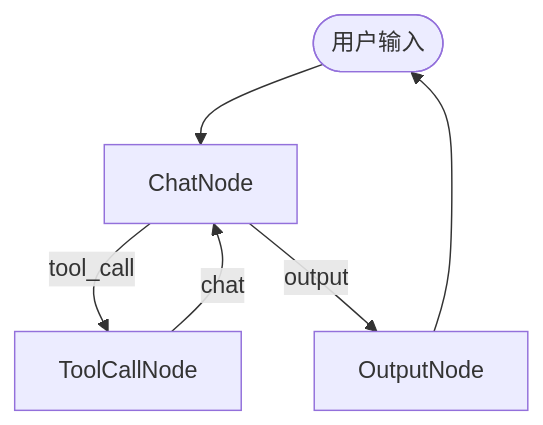
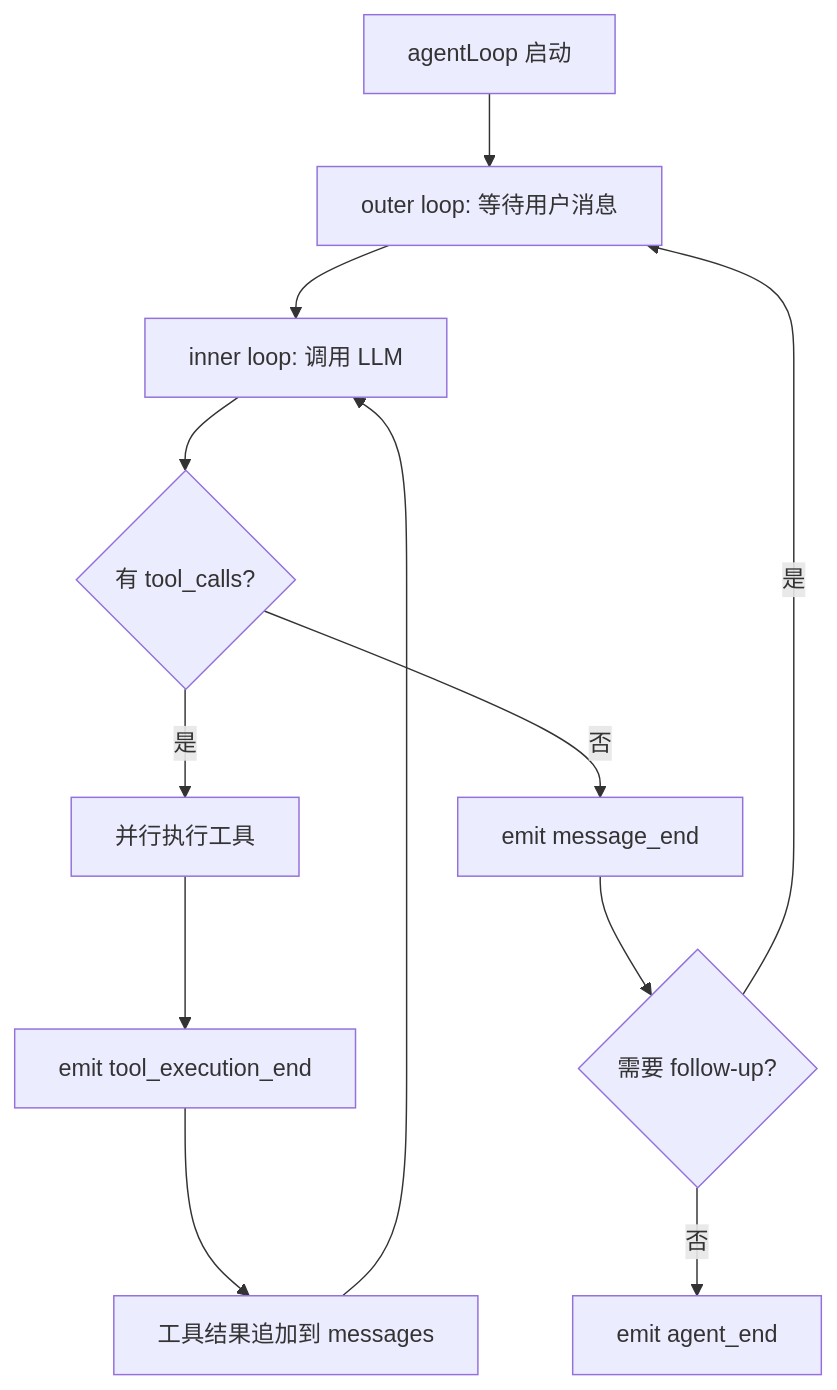
The diagram in learn-openclaw/02-node-to-agent/index.md (ranxi2001/zero2Agent), drawn with Mermaid before and after one commit. The commit also changed other lines of this file and 10 other files, not shown here.

```diff
--- a/learn-openclaw/02-node-to-agent/index.md
+++ b/learn-openclaw/02-node-to-agent/index.md
@@ -242,8 +62,14 @@
 <div class="mermaid">
 flowchart TD
-    A([用户输入]) --> B[ChatNode]
-    B -->|tool_call| C[ToolCallNode]
-    C -->|chat| B
-    B -->|output| D[OutputNode]
-    D --> A
+    A[agentLoop 启动] --> B[outer loop: 等待用户消息]
+    B --> C[inner loop: 调用 LLM]
+    C --> D{有 tool_calls?}
+    D -->|是| E[并行执行工具]
+    E --> F[emit tool_execution_end]
+    F --> G[工具结果追加到 messages]
+    G --> C
+    D -->|否| H[emit message_end]
+    H --> I{需要 follow-up?}
+    I -->|是| B
+    I -->|否| J[emit agent_end]
 </div>
```
